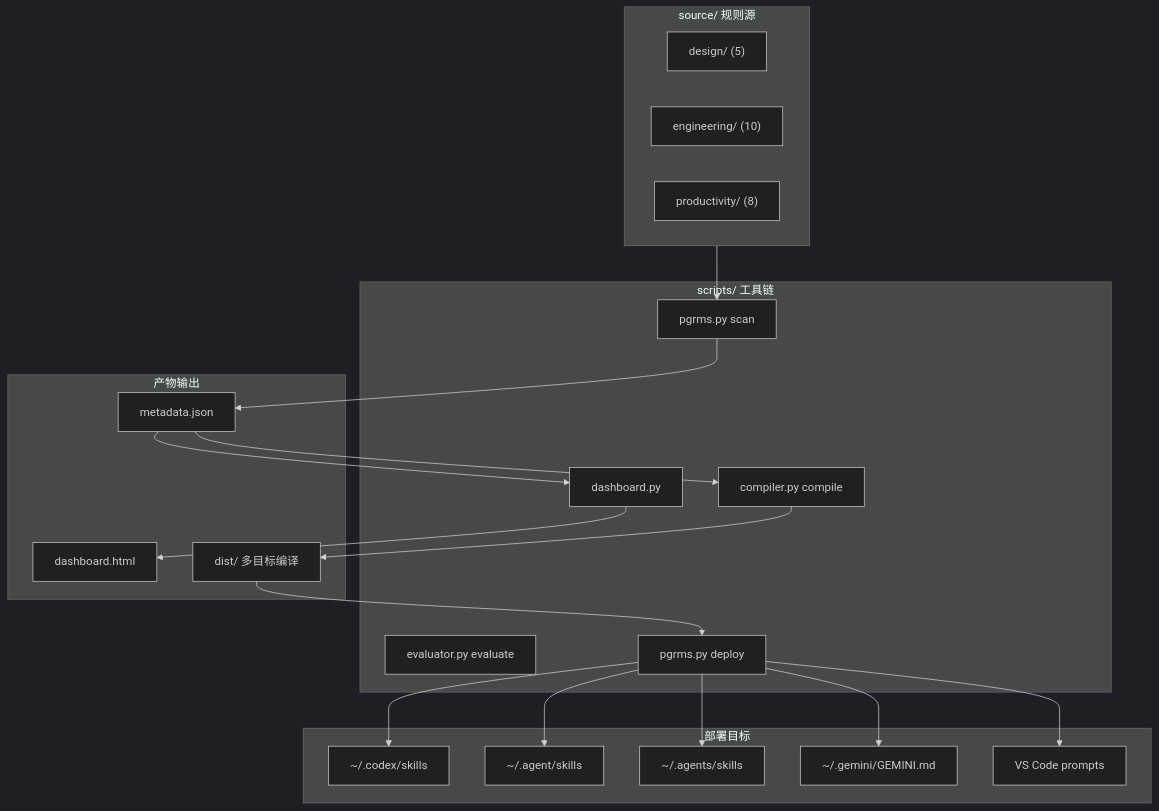
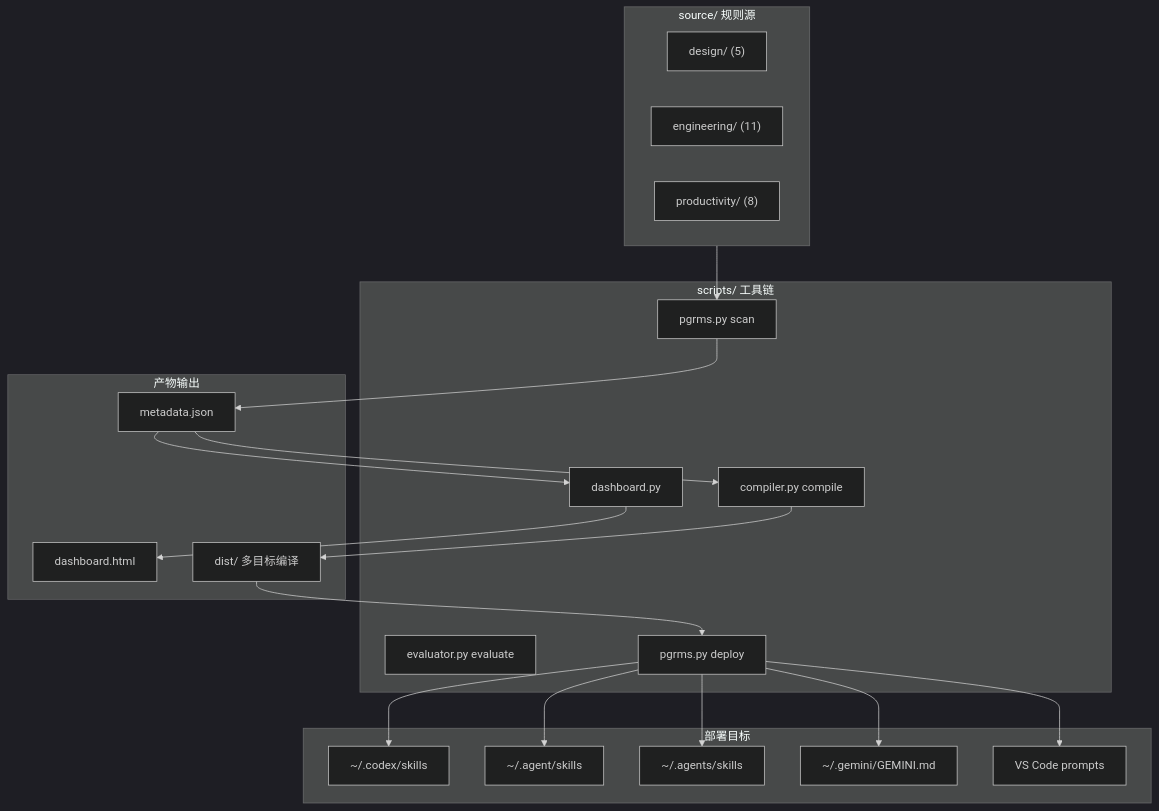
The first of 4 diagrams in README.md (cr20085361/my_ai_skills), drawn with Mermaid (dark theme) before and after one commit. The commit also changed other lines of this file, not shown here.

````diff
--- a/README.md
+++ b/README.md
@@ -15,40 +15,40 @@
 ```mermaid
 graph TB
     subgraph SRC["source/ 规则源"]
         D["design/ (5)"]
-        E["engineering/ (10)"]
+        E["engineering/ (11)"]
         P["productivity/ (8)"]
     end
 
     subgraph TOOLCHAIN["scripts/ 工具链"]
         SCAN["pgrms.py scan"]
         COMPILE["compiler.py compile"]
         EVAL["evaluator.py evaluate"]
         DEPLOY["pgrms.py deploy"]
         DASH["dashboard.py"]
     end
 
     subgraph OUTPUT["产物输出"]
         META["metadata.json"]
         BOARD["dashboard.html"]
         DIST["dist/ 多目标编译"]
     end
 
     subgraph TARGETS["部署目标"]
         CODEX["~/.codex/skills"]
         AGENT["~/.agent/skills"]
         AGENTS["~/.agents/skills"]
         GEMINI["~/.gemini/GEMINI.md"]
         VSCODE["VS Code prompts"]
     end
 
     SRC --> SCAN --> META
     META --> COMPILE --> DIST
     META --> DASH --> BOARD
     DIST --> DEPLOY
     DEPLOY --> CODEX
     DEPLOY --> AGENT
     DEPLOY --> AGENTS
     DEPLOY --> GEMINI
     DEPLOY --> VSCODE
 ```
````
